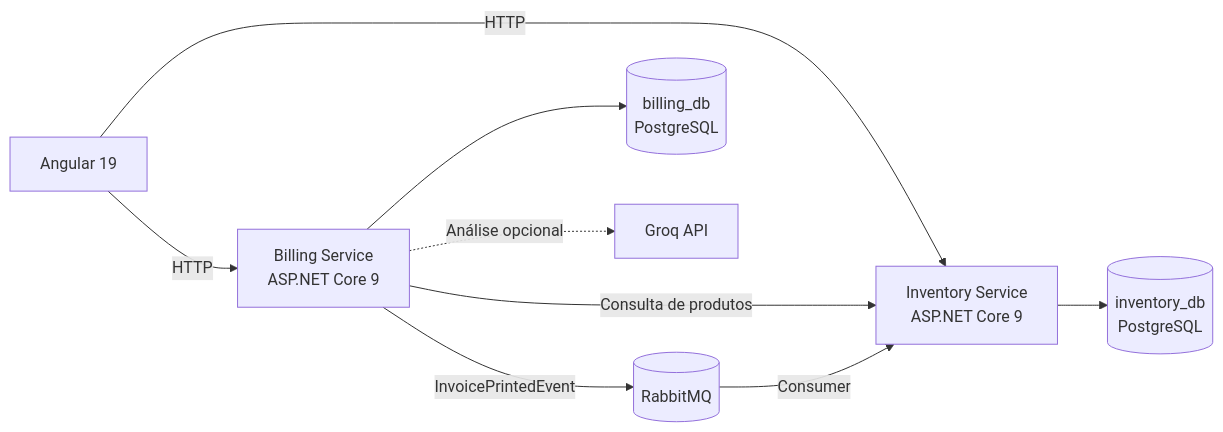
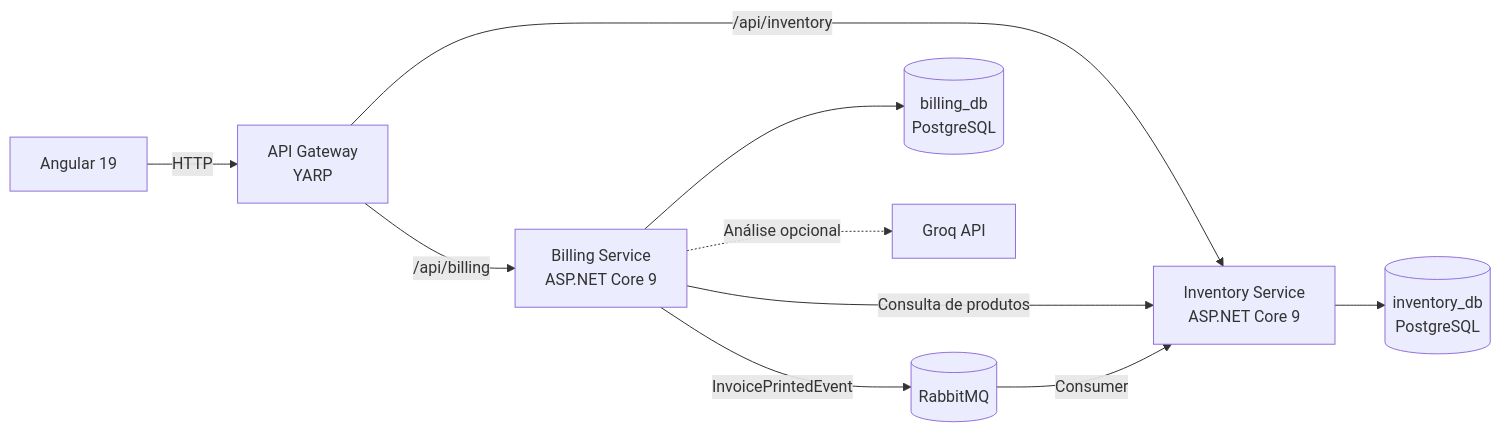
One commit to alissonjcjk/Korp_Teste_Alisson_Bernadino changed the diagram in detalhamento_tecnico.md. Above: the diagram before and after it, drawn with Mermaid. The commit also changed other lines of this file and 10 other files, not shown here.

Commit message:
feat: adiciona API Gateway com YARP

````diff
--- a/detalhamento_tecnico.md
+++ b/detalhamento_tecnico.md
@@ -26,11 +26,12 @@
 ```mermaid
 flowchart LR
-    UI[Angular 19] -->|HTTP| INV[Inventory Service<br/>ASP.NET Core 9]
-    UI -->|HTTP| BILL[Billing Service<br/>ASP.NET Core 9]
+    UI[Angular 19] -->|HTTP| GW[API Gateway<br/>YARP]
+    GW -->|/api/inventory| INV[Inventory Service<br/>ASP.NET Core 9]
+    GW -->|/api/billing| BILL[Billing Service<br/>ASP.NET Core 9]
     BILL -->|Consulta de produtos| INV
     BILL -->|InvoicePrintedEvent| MQ[(RabbitMQ)]
     MQ -->|Consumer| INV
     INV --> IDB[(inventory_db<br/>PostgreSQL)]
     BILL --> BDB[(billing_db<br/>PostgreSQL)]
     BILL -.->|Análise opcional| AI[Groq API]
 ```
````
